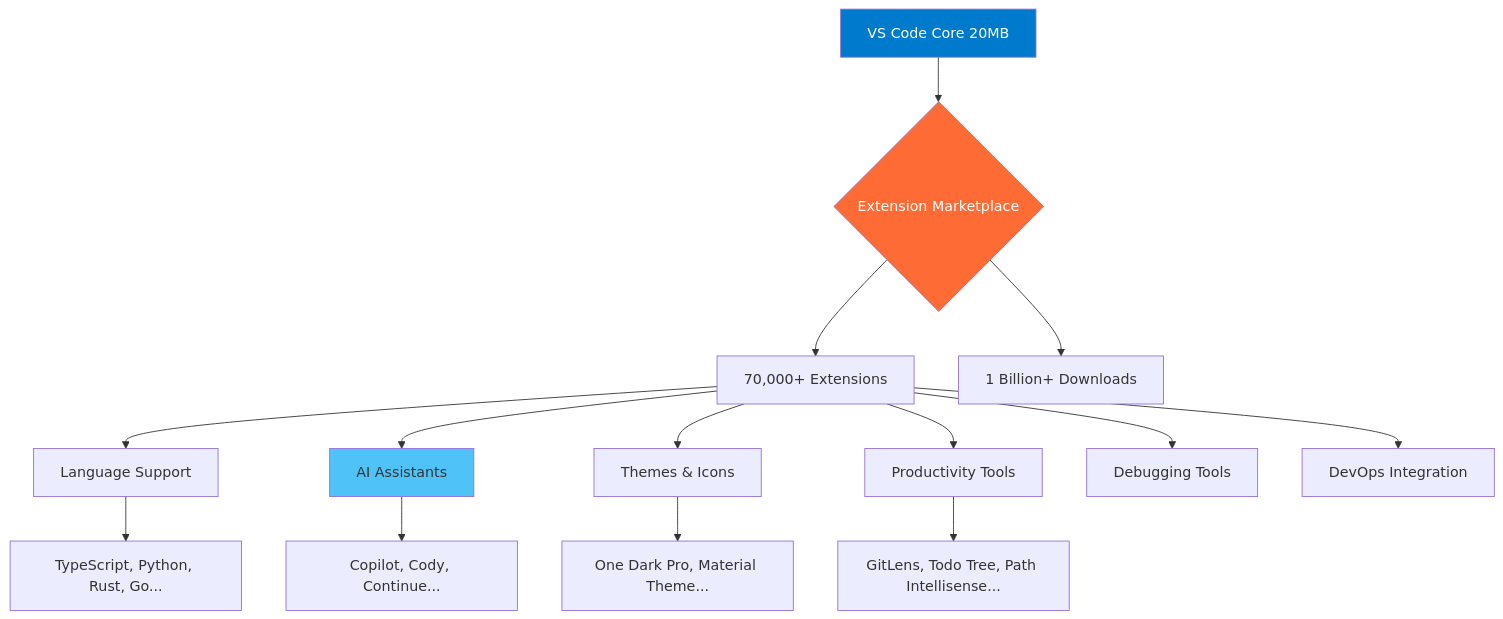
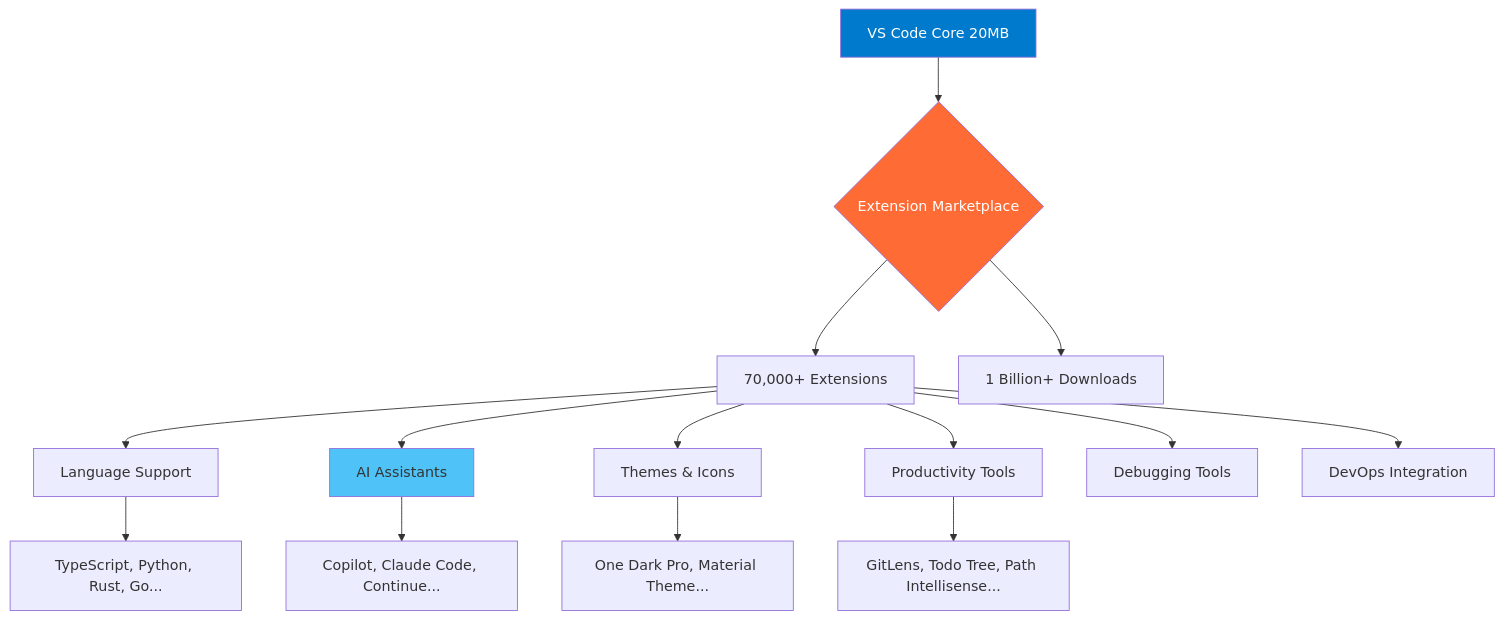
One commit to DreamLab-AI/dreamlab-ai-website changed the first of 3 diagrams in public/data/workshops/vscode-learning-pathway/03-extension-ecosystem.md. Above: the diagram before and after it, drawn with Mermaid. The commit also changed other lines of this file and 111 other files, not shown here.

First line of the commit message:
feat(workshops): comprehensive 2026 update + Docker & Claude Code deep dives

````diff
--- a/public/data/workshops/vscode-learning-pathway/03-extension-ecosystem.md
+++ b/public/data/workshops/vscode-learning-pathway/03-extension-ecosystem.md
@@ -17,22 +17,22 @@
 ```mermaid
 graph TD
     A[VS Code Core 20MB] --> B{Extension Marketplace}
     B --> C[70,000+ Extensions]
     B --> D[1 Billion+ Downloads]
 
     C --> E[Language Support]
     C --> F[AI Assistants]
     C --> G[Themes & Icons]
     C --> H[Productivity Tools]
     C --> I[Debugging Tools]
     C --> J[DevOps Integration]
 
     E --> K[TypeScript, Python, Rust, Go...]
-    F --> L[Copilot, Cody, Continue...]
+    F --> L[Copilot, Claude Code, Continue...]
     G --> M[One Dark Pro, Material Theme...]
     H --> N[GitLens, Todo Tree, Path Intellisense...]
 
     style A fill:#007acc,color:#fff
     style B fill:#ff6b35,color:#fff
     style F fill:#4fc3f7
 ```
````
